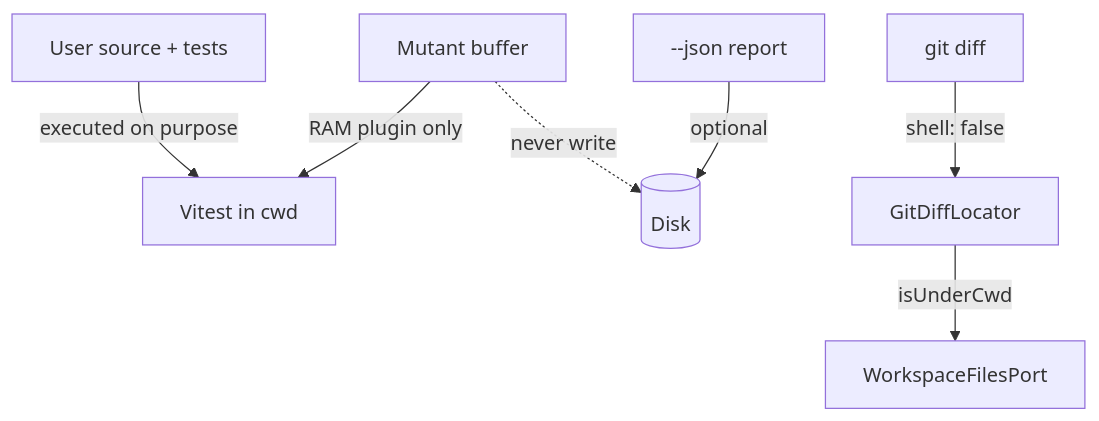
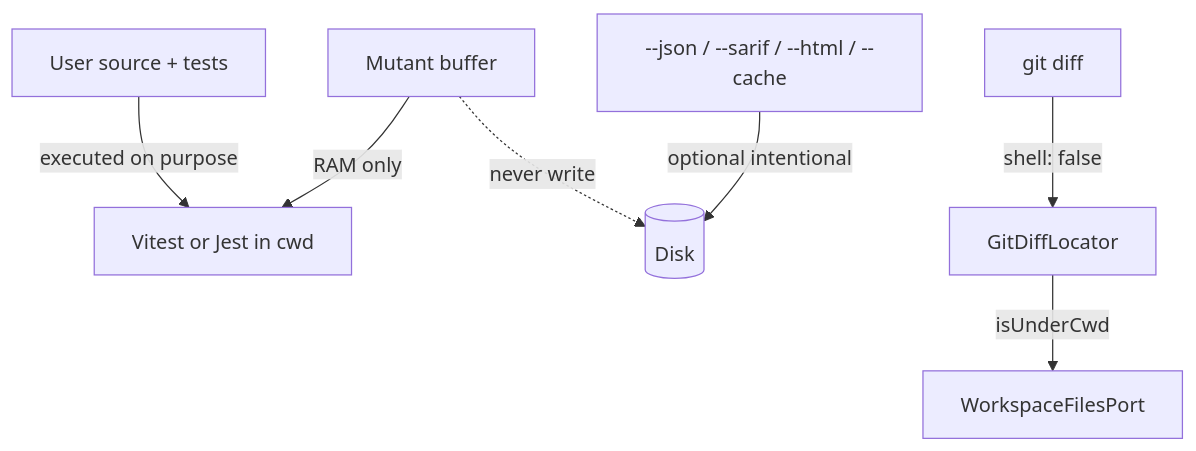
One commit to RexySaragih/puca changed the seventh of 7 diagrams in PRODUCT.md. Above: the diagram before and after it, drawn with Mermaid. The commit also changed other lines of this file and 48 other files, not shown here.

````diff
--- a/PRODUCT.md
+++ b/PRODUCT.md
@@ -156,9 +198,9 @@
 ```mermaid
 flowchart TB
-  UserCode[User source + tests] -->|executed on purpose| Vitest[Vitest in cwd]
-  Mutant[Mutant buffer] -->|RAM plugin only| Vitest
+  UserCode[User source + tests] -->|executed on purpose| Runner[Vitest or Jest in cwd]
+  Mutant[Mutant buffer] -->|RAM only| Runner
   Mutant -.->|never write| Disk[(Disk)]
-  JSON["--json report"] -->|optional| Disk
+  Reports["--json / --sarif / --html / --cache"] -->|optional intentional| Disk
   Git[git diff] -->|shell: false| Locator[GitDiffLocator]
   Locator -->|isUnderCwd| Files[WorkspaceFilesPort]
 ```
````
